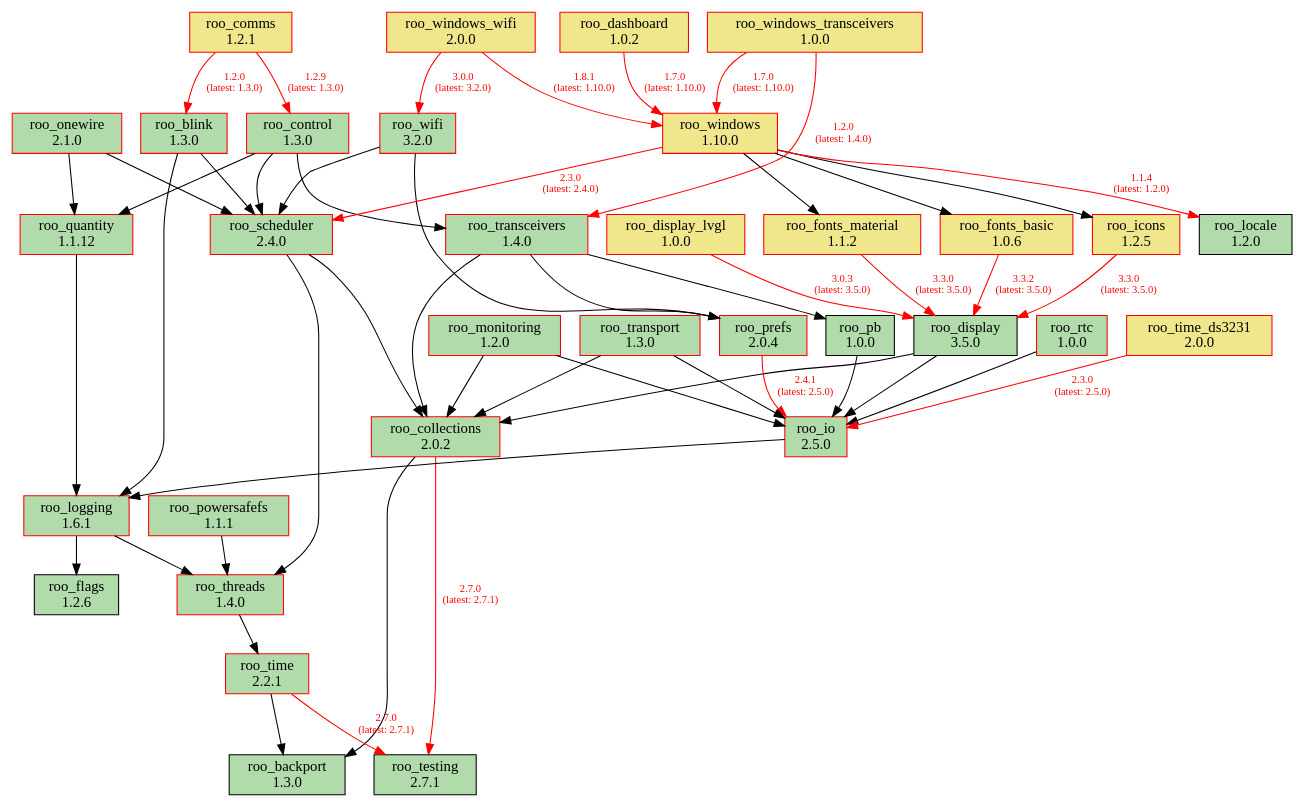
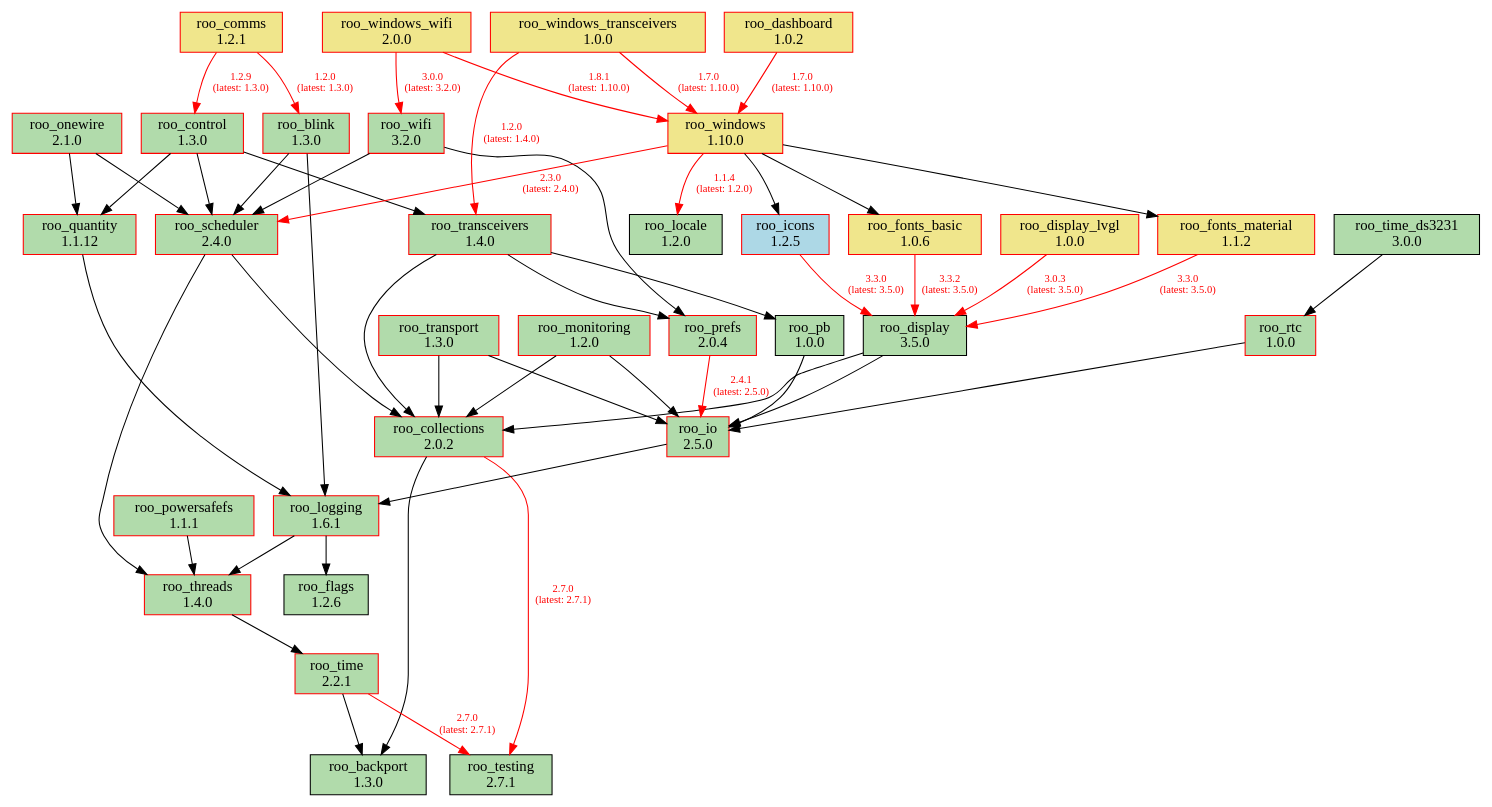
The diagram in doc/dependencies.dot (dejwk/roo-registry), drawn with Graphviz before and after one commit. The commit also changed 3 other files, not shown here.

Commit message:
Added roo_time_ds3231 3.0.0 to the registry.

```diff
--- a/doc/dependencies.dot
+++ b/doc/dependencies.dot
@@ -1,92 +1,92 @@
 digraph dependencies {
     rankdir=TB;
     node [shape=box, style=filled];
     edge [fontsize=10];
 
     // Modules
     "roo_backport" [label="roo_backport\n1.3.0", fillcolor="#b1dbab", color="black"];
     "roo_blink" [label="roo_blink\n1.3.0", fillcolor="#b1dbab", color="red"];
     "roo_collections" [label="roo_collections\n2.0.2", fillcolor="#b1dbab", color="red"];
     "roo_comms" [label="roo_comms\n1.2.1", fillcolor="khaki", color="red"];
     "roo_control" [label="roo_control\n1.3.0", fillcolor="#b1dbab", color="red"];
     "roo_dashboard" [label="roo_dashboard\n1.0.2", fillcolor="khaki", color="red"];
     "roo_display" [label="roo_display\n3.5.0", fillcolor="#b1dbab", color="black"];
     "roo_display_lvgl" [label="roo_display_lvgl\n1.0.0", fillcolor="khaki", color="red"];
     "roo_flags" [label="roo_flags\n1.2.6", fillcolor="#b1dbab", color="black"];
     "roo_fonts_basic" [label="roo_fonts_basic\n1.0.6", fillcolor="khaki", color="red"];
     "roo_fonts_material" [label="roo_fonts_material\n1.1.2", fillcolor="khaki", color="red"];
-    "roo_icons" [label="roo_icons\n1.2.5", fillcolor="khaki", color="red"];
+    "roo_icons" [label="roo_icons\n1.2.5", fillcolor="lightblue", color="red"];
     "roo_io" [label="roo_io\n2.5.0", fillcolor="#b1dbab", color="red"];
     "roo_locale" [label="roo_locale\n1.2.0", fillcolor="#b1dbab", color="black"];
     "roo_logging" [label="roo_logging\n1.6.1", fillcolor="#b1dbab", color="red"];
     "roo_monitoring" [label="roo_monitoring\n1.2.0", fillcolor="#b1dbab", color="red"];
     "roo_onewire" [label="roo_onewire\n2.1.0", fillcolor="#b1dbab", color="red"];
     "roo_pb" [label="roo_pb\n1.0.0", fillcolor="#b1dbab", color="black"];
     "roo_powersafefs" [label="roo_powersafefs\n1.1.1", fillcolor="#b1dbab", color="red"];
     "roo_prefs" [label="roo_prefs\n2.0.4", fillcolor="#b1dbab", color="red"];
     "roo_quantity" [label="roo_quantity\n1.1.12", fillcolor="#b1dbab", color="red"];
     "roo_rtc" [label="roo_rtc\n1.0.0", fillcolor="#b1dbab", color="red"];
     "roo_scheduler" [label="roo_scheduler\n2.4.0", fillcolor="#b1dbab", color="red"];
     "roo_testing" [label="roo_testing\n2.7.1", fillcolor="#b1dbab", color="black"];
     "roo_threads" [label="roo_threads\n1.4.0", fillcolor="#b1dbab", color="red"];
     "roo_time" [label="roo_time\n2.2.1", fillcolor="#b1dbab", color="red"];
-    "roo_time_ds3231" [label="roo_time_ds3231\n2.0.0", fillcolor="khaki", color="red"];
+    "roo_time_ds3231" [label="roo_time_ds3231\n3.0.0", fillcolor="#b1dbab", color="black"];
     "roo_transceivers" [label="roo_transceivers\n1.4.0", fillcolor="#b1dbab", color="red"];
     "roo_transport" [label="roo_transport\n1.3.0", fillcolor="#b1dbab", color="red"];
     "roo_wifi" [label="roo_wifi\n3.2.0", fillcolor="#b1dbab", color="red"];
     "roo_windows" [label="roo_windows\n1.10.0", fillcolor="khaki", color="red"];
     "roo_windows_transceivers" [label="roo_windows_transceivers\n1.0.0", fillcolor="khaki", color="red"];
     "roo_windows_wifi" [label="roo_windows_wifi\n2.0.0", fillcolor="khaki", color="red"];
 
     // Dependencies
     "roo_blink" -> "roo_logging";
     "roo_blink" -> "roo_scheduler";
     "roo_collections" -> "roo_testing" [color=red, fontcolor=red, label="2.7.0\n(latest: 2.7.1)"];
     "roo_collections" -> "roo_backport";
     "roo_comms" -> "roo_blink" [color=red, fontcolor=red, label="1.2.0\n(latest: 1.3.0)"];
     "roo_comms" -> "roo_control" [color=red, fontcolor=red, label="1.2.9\n(latest: 1.3.0)"];
     "roo_control" -> "roo_quantity";
     "roo_control" -> "roo_scheduler";
     "roo_control" -> "roo_transceivers";
     "roo_dashboard" -> "roo_windows" [color=red, fontcolor=red, label="1.7.0\n(latest: 1.10.0)"];
     "roo_display" -> "roo_collections";
     "roo_display" -> "roo_io";
     "roo_display_lvgl" -> "roo_display" [color=red, fontcolor=red, label="3.0.3\n(latest: 3.5.0)"];
     "roo_fonts_basic" -> "roo_display" [color=red, fontcolor=red, label="3.3.2\n(latest: 3.5.0)"];
     "roo_fonts_material" -> "roo_display" [color=red, fontcolor=red, label="3.3.0\n(latest: 3.5.0)"];
     "roo_icons" -> "roo_display" [color=red, fontcolor=red, label="3.3.0\n(latest: 3.5.0)"];
     "roo_io" -> "roo_logging";
     "roo_logging" -> "roo_flags";
     "roo_logging" -> "roo_threads";
     "roo_monitoring" -> "roo_collections";
     "roo_monitoring" -> "roo_io";
     "roo_onewire" -> "roo_scheduler";
     "roo_onewire" -> "roo_quantity";
     "roo_pb" -> "roo_io";
     "roo_powersafefs" -> "roo_threads";
     "roo_prefs" -> "roo_io" [color=red, fontcolor=red, label="2.4.1\n(latest: 2.5.0)"];
     "roo_quantity" -> "roo_logging";
     "roo_rtc" -> "roo_io";
     "roo_scheduler" -> "roo_collections";
     "roo_scheduler" -> "roo_threads";
     "roo_threads" -> "roo_time";
     "roo_time" -> "roo_testing" [color=red, fontcolor=red, label="2.7.0\n(latest: 2.7.1)"];
     "roo_time" -> "roo_backport";
-    "roo_time_ds3231" -> "roo_io" [color=red, fontcolor=red, label="2.3.0\n(latest: 2.5.0)"];
+    "roo_time_ds3231" -> "roo_rtc";
     "roo_transceivers" -> "roo_pb";
     "roo_transceivers" -> "roo_collections";
     "roo_transceivers" -> "roo_prefs";
     "roo_transport" -> "roo_collections";
     "roo_transport" -> "roo_io";
     "roo_wifi" -> "roo_prefs";
     "roo_wifi" -> "roo_scheduler";
     "roo_windows" -> "roo_fonts_basic";
     "roo_windows" -> "roo_fonts_material";
     "roo_windows" -> "roo_locale" [color=red, fontcolor=red, label="1.1.4\n(latest: 1.2.0)"];
     "roo_windows" -> "roo_icons";
     "roo_windows" -> "roo_scheduler" [color=red, fontcolor=red, label="2.3.0\n(latest: 2.4.0)"];
     "roo_windows_transceivers" -> "roo_transceivers" [color=red, fontcolor=red, label="1.2.0\n(latest: 1.4.0)"];
     "roo_windows_transceivers" -> "roo_windows" [color=red, fontcolor=red, label="1.7.0\n(latest: 1.10.0)"];
     "roo_windows_wifi" -> "roo_wifi" [color=red, fontcolor=red, label="3.0.0\n(latest: 3.2.0)"];
     "roo_windows_wifi" -> "roo_windows" [color=red, fontcolor=red, label="1.8.1\n(latest: 1.10.0)"];
 }
```
